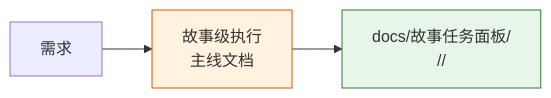
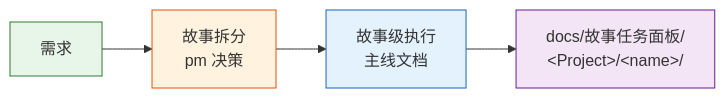
One commit to effiy/YrY changed the first of 13 diagrams in skills/rui/coder.md. Above: the diagram before and after it, drawn with Mermaid. The commit also changed other lines of this file and 18 other files, not shown here.

````diff
--- a/skills/rui/coder.md
+++ b/skills/rui/coder.md
@@ -9,7 +9,11 @@
 ```mermaid
 flowchart LR
-    Req[需求] --> Story["故事级执行<br/>主线文档"]:::story
-    Story --> Panel["docs/故事任务面板/<br/><Project>/<name>/"]:::panel
-    classDef story fill:#fff3e0,stroke:#e65100;
-    classDef panel fill:#e8f5e9,stroke:#2e7d32;
+    REQ["需求"]:::src --> SPLIT["故事拆分<br/>pm 决策"]:::op
+    SPLIT --> STORY["故事级执行<br/>主线文档"]:::story
+    STORY --> PANEL["docs/故事任务面板/<br/>&lt;Project&gt;/&lt;name&gt;/"]:::panel
+
+    classDef src fill:#e8f5e9,stroke:#2e7d32;
+    classDef op fill:#fff3e0,stroke:#e65100;
+    classDef story fill:#e3f2fd,stroke:#1565c0;
+    classDef panel fill:#f3e5f5,stroke:#6a1b9a;
 ```
````
